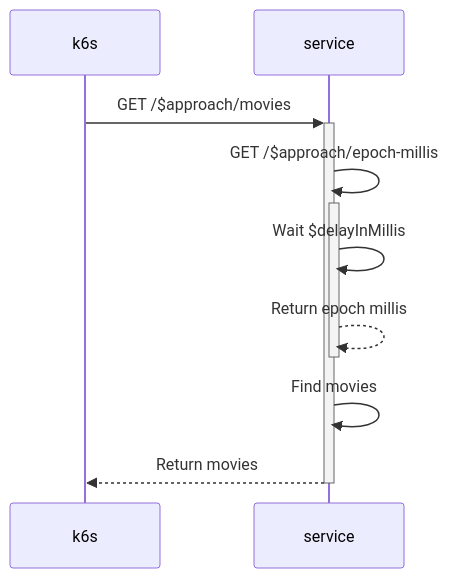
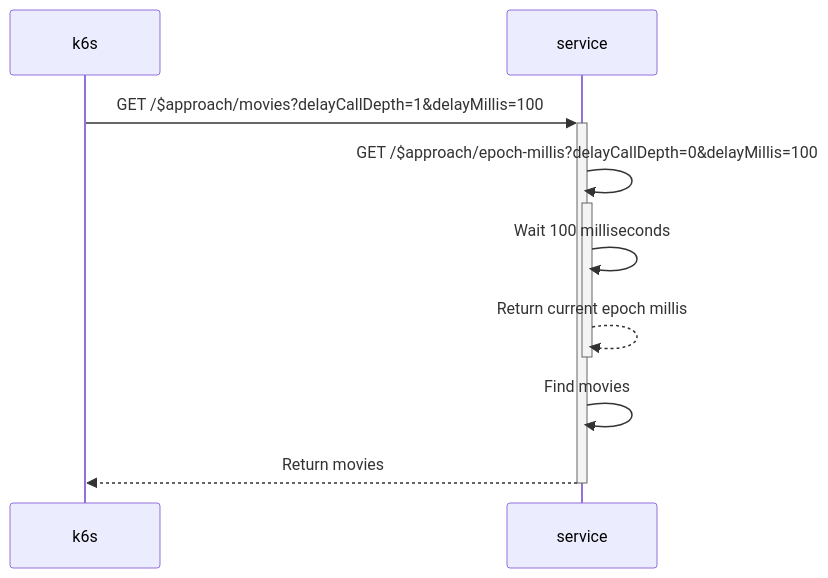
Before and after one commit to chrisgleissner/loom-webflux-benchmarks: the diagram in README.md, drawn with Mermaid. The commit also changed other lines of this file, not shown here.

````diff
--- a/README.md
+++ b/README.md
@@ -62,11 +65,11 @@
 ```mermaid
 sequenceDiagram
     participant k6s
     participant service
-    k6s->>+service: GET /$approach/movies
-    service->>+service: GET /$approach/epoch-millis
-    service->>service: Wait $delayInMillis
-    service-->>-service: Return epoch millis
+    k6s->>+service: GET /$approach/movies?delayCallDepth=1&delayMillis=100
+    service->>+service: GET /$approach/epoch-millis?delayCallDepth=0&delayMillis=100
+    service->>service: Wait 100 milliseconds
+    service-->>-service: Return current epoch millis
     service->>service: Find movies
     service-->>-k6s: Return movies
 ```
````
